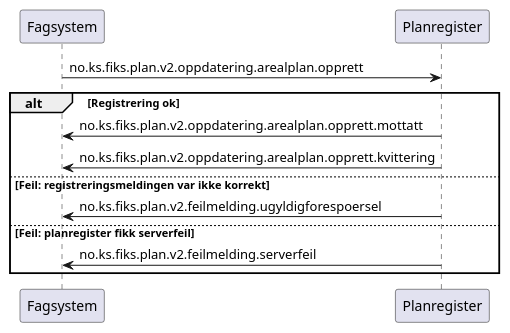
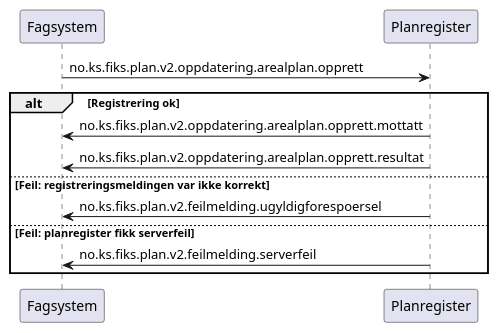
One commit to ks-no/fiks-plan-specification changed the diagram in Dokumentasjon/V2/SequenceDiagrams/no.ks.fiks.plan.v2.oppdatering.arealplan.opprett/sequence-diagram.pu. Above: the diagram before and after it, drawn with PlantUML. The commit also changed 11 other files, not shown here.

Commit message:
Oppdatert diagrammer

```diff
--- a/Dokumentasjon/V2/SequenceDiagrams/no.ks.fiks.plan.v2.oppdatering.arealplan.opprett/sequence-diagram.pu
+++ b/Dokumentasjon/V2/SequenceDiagrams/no.ks.fiks.plan.v2.oppdatering.arealplan.opprett/sequence-diagram.pu
@@ -1,16 +1,16 @@
 @startuml
 
 Fagsystem -> Planregister: no.ks.fiks.plan.v2.oppdatering.arealplan.opprett
 
 alt Registrering ok
 Fagsystem <- Planregister: no.ks.fiks.plan.v2.oppdatering.arealplan.opprett.mottatt
-Fagsystem <- Planregister: no.ks.fiks.plan.v2.oppdatering.arealplan.opprett.kvittering
+Fagsystem <- Planregister: no.ks.fiks.plan.v2.oppdatering.arealplan.opprett.resultat
 
 else Feil: registreringsmeldingen var ikke korrekt
 Fagsystem <- Planregister: no.ks.fiks.plan.v2.feilmelding.ugyldigforespoersel
 
 else Feil: planregister fikk serverfeil
 Fagsystem <- Planregister: no.ks.fiks.plan.v2.feilmelding.serverfeil
 
 end
 @enduml
```
